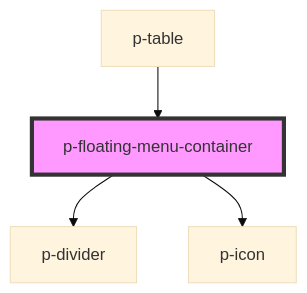
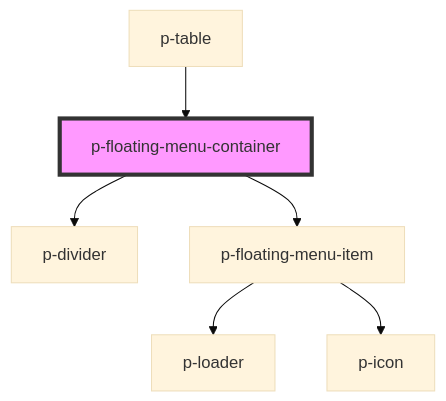
Before and after one commit to Employes/Paperless: the diagram in packages/core/src/components/atoms/floating-menu/container/readme.md, drawn with Mermaid (base theme). The commit also changed other lines of this file and 5 other files, not shown here.

Commit message:
refactor(atoms/floating-menu): Apply new colors

````diff
--- a/packages/core/src/components/atoms/floating-menu/container/readme.md
+++ b/packages/core/src/components/atoms/floating-menu/container/readme.md
@@ -38,7 +38,9 @@
 ```mermaid
 graph TD;
   p-floating-menu-container --> p-divider
-  p-floating-menu-container --> p-icon
+  p-floating-menu-container --> p-floating-menu-item
+  p-floating-menu-item --> p-loader
+  p-floating-menu-item --> p-icon
   p-table --> p-floating-menu-container
   style p-floating-menu-container fill:#f9f,stroke:#333,stroke-width:4px
 ```
````
